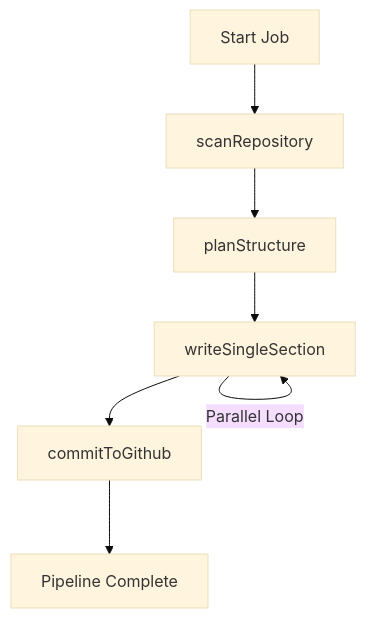
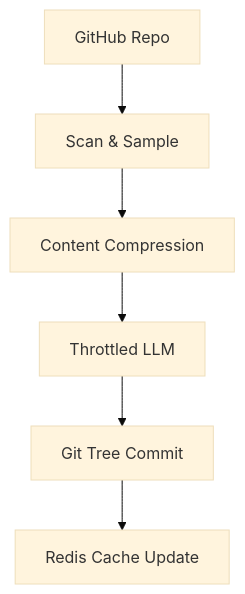
One commit to shinymacktest/gitdex-docs changed the diagram in docs/shinymack/gitdex/2.1_ai-processing-pipeline.mdx. Above: the diagram before and after it, drawn with Mermaid (base theme). The commit also changed other lines of this file and 14 other files, not shown here.

````diff
--- a/docs/shinymack/gitdex/2.1_ai-processing-pipeline.mdx
+++ b/docs/shinymack/gitdex/2.1_ai-processing-pipeline.mdx
@@ -29,9 +27,8 @@
 ```mermaid
 graph TD
-    A["Start Job"] --> B["scanRepository"]
-    B --> C["planStructure"]
-    C --> D["writeSingleSection"]
-    D --> E["commitToGithub"]
-    D -- "Parallel Loop" --> D
-    E --> F["Pipeline Complete"]
+    A["GitHub Repo"] --> B["Scan & Sample"]
+    B --> C["Content Compression"]
+    C --> D["Throttled LLM"]
+    D --> E["Git Tree Commit"]
+    E --> F["Redis Cache Update"]
 ```
````
